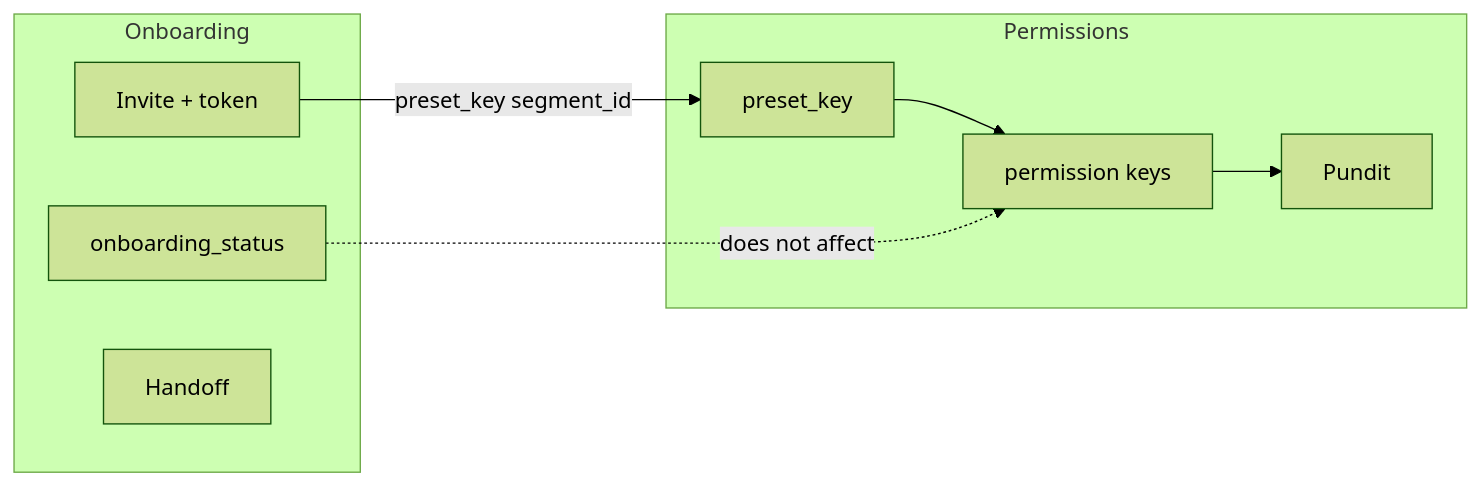
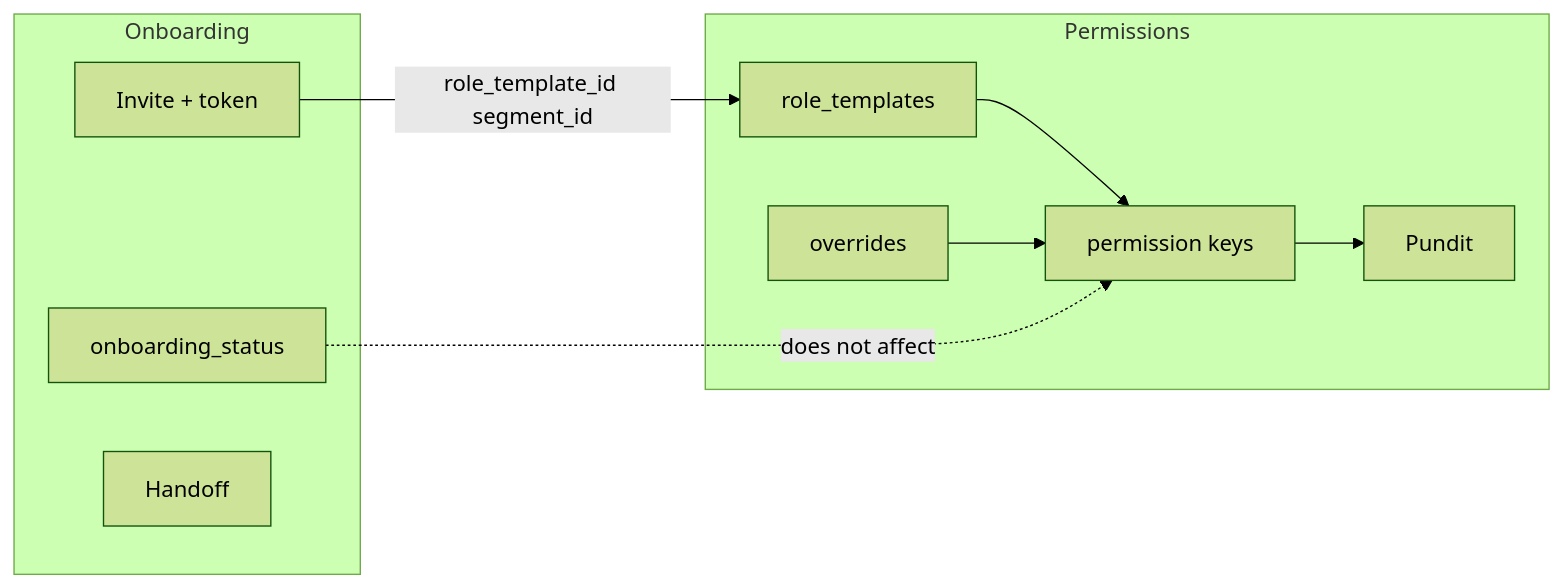
One commit to DLA-Solutions/school_lab changed the first of 2 diagrams in docs/prds/identity-and-onboarding/index.md. Above: the diagram before and after it, drawn with Mermaid (forest theme). The commit also changed other lines of this file and 9 other files, not shown here.

First line of the commit message:
Document Level A role templates and membership overrides in permissions PRD. (#149)

````diff
--- a/docs/prds/identity-and-onboarding/index.md
+++ b/docs/prds/identity-and-onboarding/index.md
@@ -80,17 +80,19 @@
 ```mermaid
 flowchart LR
     subgraph BC2 [Onboarding]
         INV[Invite + token]
         LIFE[onboarding_status]
         HAND[Handoff]
     end
     subgraph BC1 [Permissions]
-        PRE[preset_key]
+        RT[role_templates]
         PERM[permission keys]
+        OVR[overrides]
         POL[Pundit]
     end
-    INV -->|preset_key segment_id| PRE
-    PRE --> PERM
+    INV -->|role_template_id segment_id| RT
+    RT --> PERM
+    OVR --> PERM
     PERM --> POL
     LIFE -.->|does not affect| PERM
 ```
````
